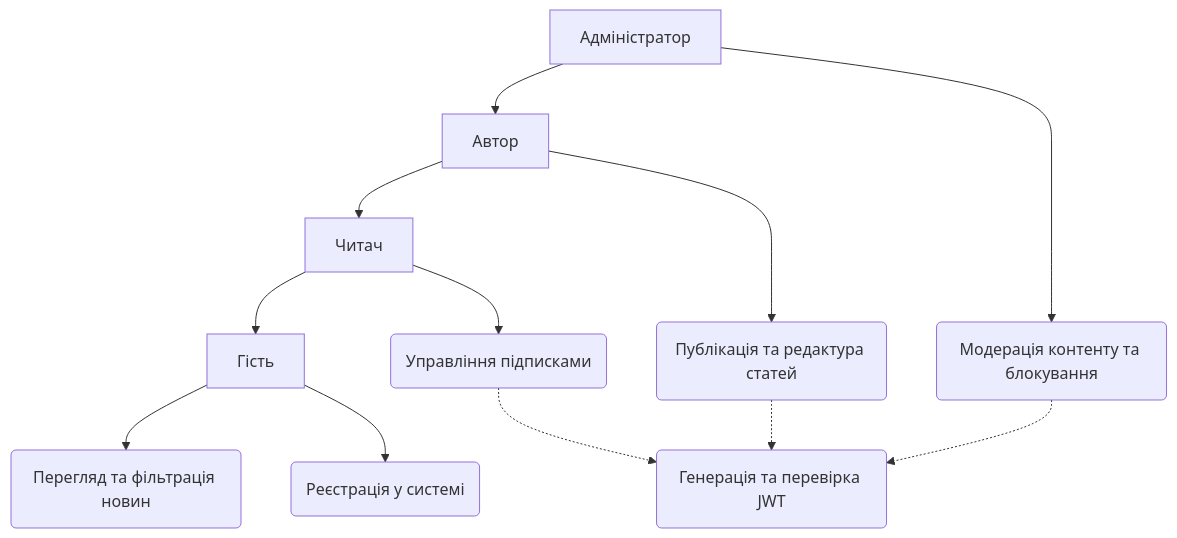
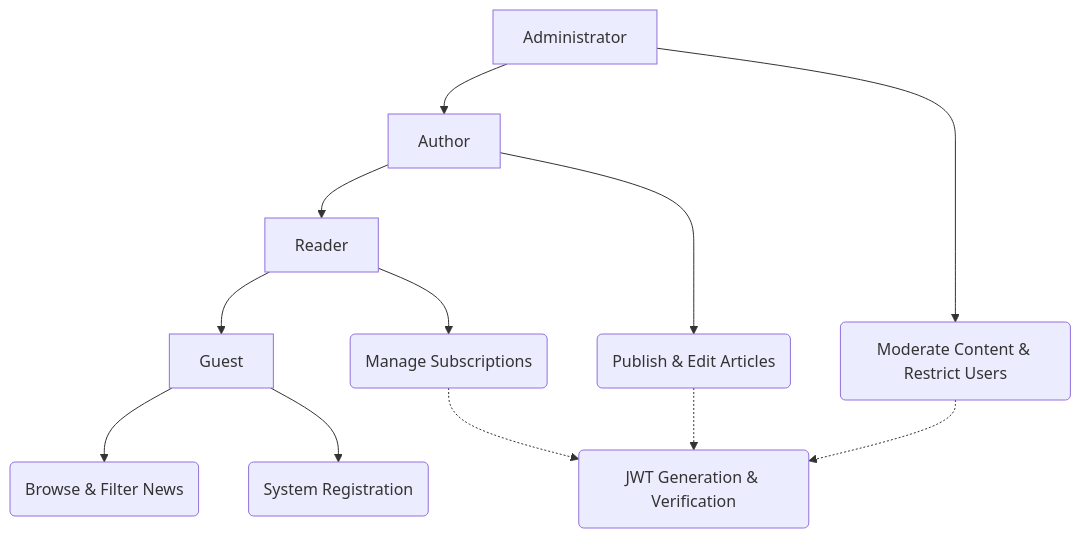
Before and after one commit to ArsenMonets/newshub: the first of 5 diagrams in README.md, drawn with Mermaid. The commit also changed other lines of this file and 1 other file, not shown here.

````diff
--- a/README.md
+++ b/README.md
@@ -31,30 +20,30 @@
 ```mermaid
 graph TD
-    G[Гість]
-    R[Читач]
-    A[Автор]
-    ADM[Адміністратор]
+    G[Guest]
+    R[Reader]
+    A[Author]
+    ADM[Administrator]
 
     R --> G
     A --> R
     ADM --> A
 
-    UC1(Перегляд та фільтрація новин)
-    UC2(Реєстрація у системі)
-    UC3(Управління підписками)
-    UC4(Публікація та редактура статей)
-    UC5(Модерація контенту та блокування)
-    UC6(Генерація та перевірка JWT)
+    UC1(Browse & Filter News)
+    UC2(System Registration)
+    UC3(Manage Subscriptions)
+    UC4(Publish & Edit Articles)
+    UC5(Moderate Content & Restrict Users)
+    UC6(JWT Generation & Verification)
 
     G --> UC1
     G --> UC2
     
     R --> UC3
     A --> UC4
     ADM --> UC5
 
     UC3 -.-> UC6
     UC4 -.-> UC6
     UC5 -.-> UC6
 
 ```
````
